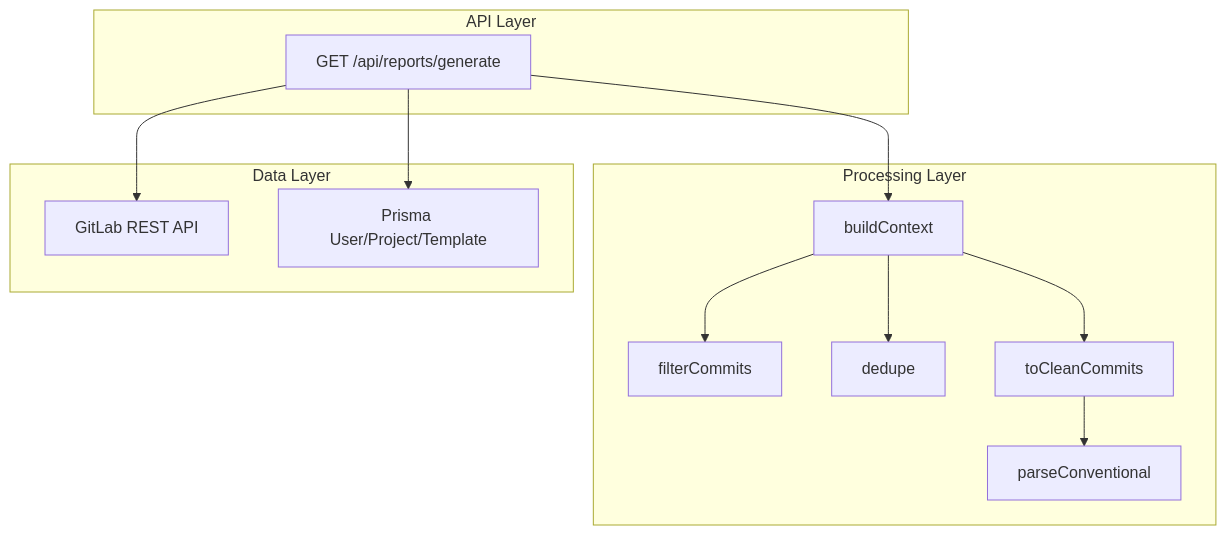
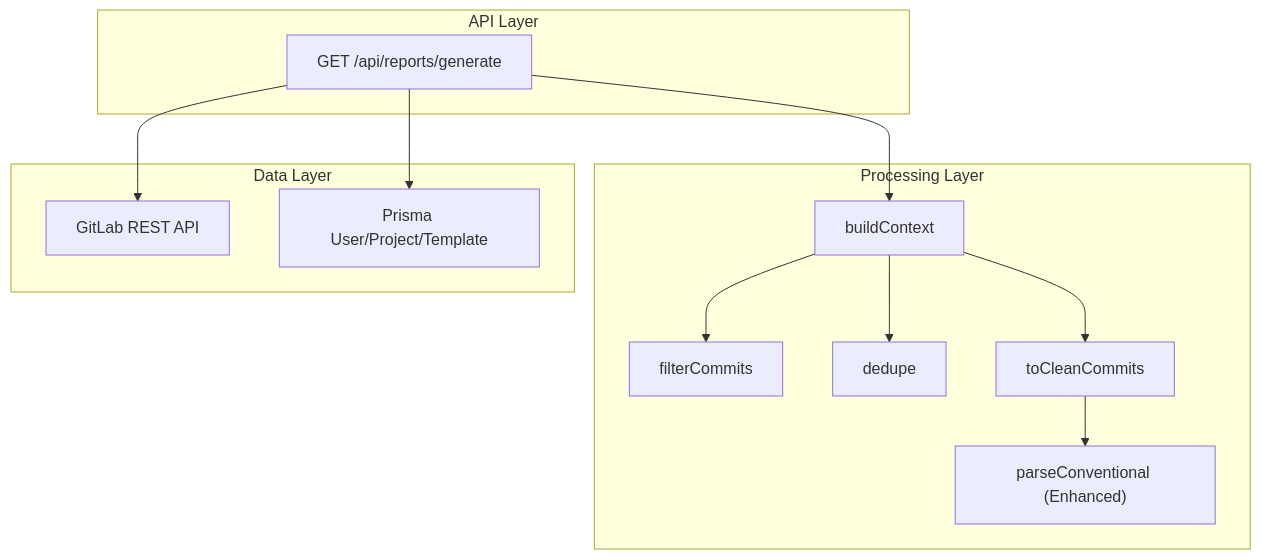
Before and after one commit to jrj444/git-daily: the first of 11 diagrams in .qoder/repowiki/en/content/Report Generation System/Commit Processing and Filtering.md, drawn with Mermaid. The commit also changed other lines of this file and 6 other files, not shown here.

````diff
--- a/.qoder/repowiki/en/content/Report Generation System/Commit Processing and Filtering.md
+++ b/.qoder/repowiki/en/content/Report Generation System/Commit Processing and Filtering.md
@@ -35,24 +44,24 @@
 ```mermaid
 graph TB
 subgraph "API Layer"
 A["GET /api/reports/generate"]
 end
 subgraph "Processing Layer"
-B["parseConventional"]
+B["parseConventional (Enhanced)"]
 C["filterCommits"]
 D["dedupe"]
 E["toCleanCommits"]
 F["buildContext"]
 end
 subgraph "Data Layer"
 G["GitLab REST API"]
 H["Prisma User/Project/Template"]
 end
 A --> G
 A --> H
 A --> F
 F --> C
 F --> E
 E --> B
 F --> D
 ```
````
